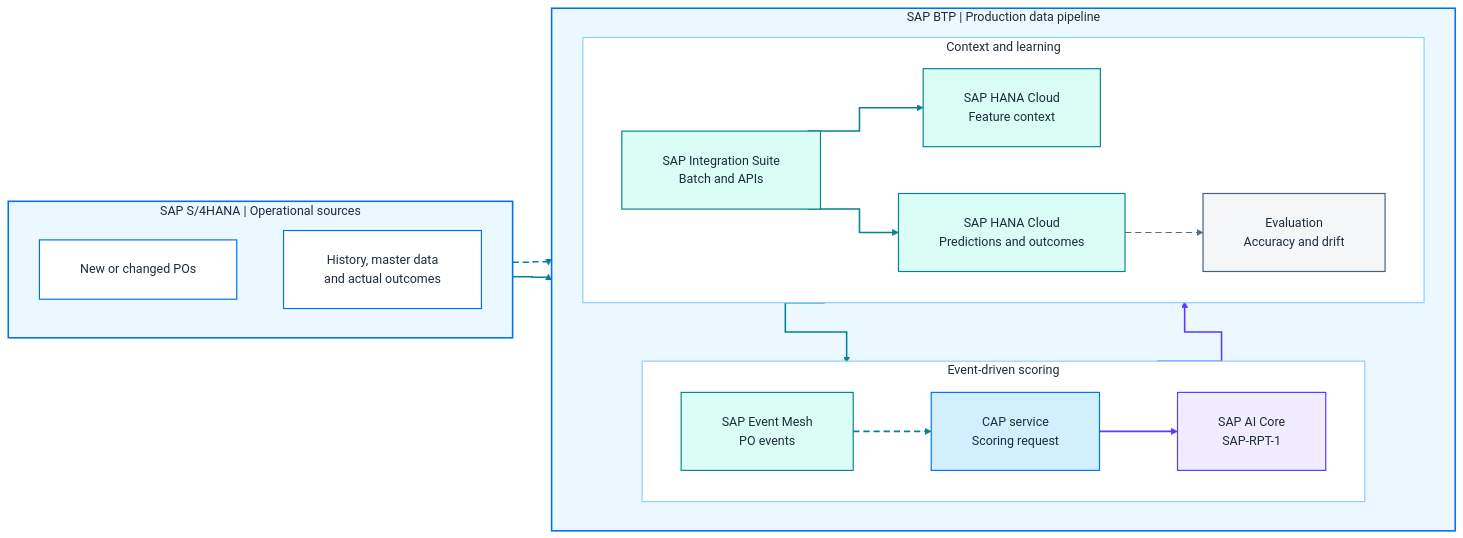
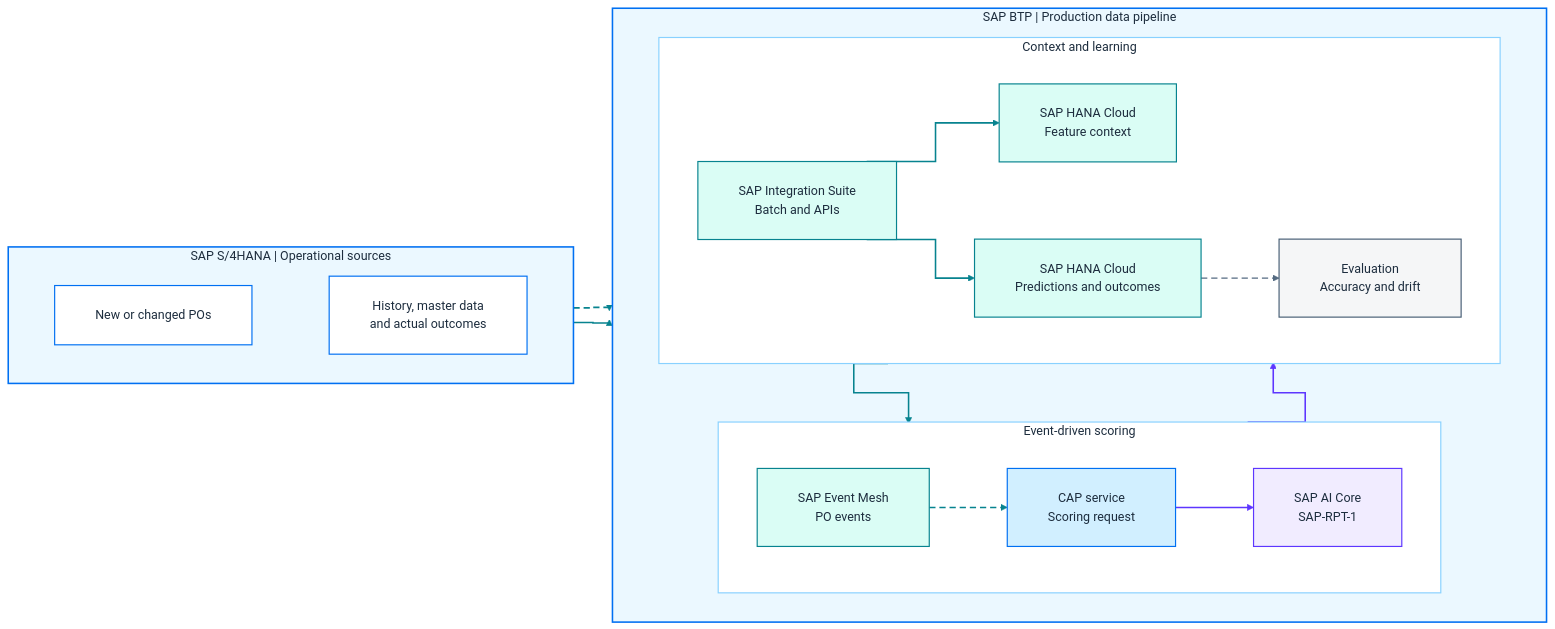
Before and after one commit to jayxml/2608_atlanta: the second of 2 diagrams in architecture_playbook.md, drawn with Mermaid (forest theme). The commit also changed other lines of this file and 2 other files, not shown here.

Commit message:
updated diagrams

````diff
--- a/architecture_playbook.md
+++ b/architecture_playbook.md
@@ -145,60 +145,60 @@
 ```mermaid
-%%{init: {"flowchart": {"curve": "stepAfter", "nodeSpacing": 60, "rankSpacing": 50, "padding": 26}}}%%
+%%{init: {"flowchart": {"curve": "stepAfter", "nodeSpacing": 99, "rankSpacing": 50, "padding": 26}}}%%
 flowchart LR
     subgraph S4["SAP S/4HANA | Operational sources"]
         direction TB
         PO["New or changed POs"]
         HISTORY["History, master data<br/>and actual outcomes"]
     end
 
     subgraph BTP["SAP BTP | Production data pipeline"]
         direction TB
 
         subgraph EVENTLANE["Event-driven scoring"]
             direction LR
             EM["SAP Event Mesh<br/>PO events"]
             CAP["CAP service<br/>Scoring request"]
             RPT["SAP AI Core<br/>SAP-RPT-1"]
         end
 
         subgraph CONTEXTLANE["Context and learning"]
             direction LR
             IS["SAP Integration Suite<br/>Batch and APIs"]
             FEATURES["SAP HANA Cloud<br/>Feature context"]
             RESULTS["SAP HANA Cloud<br/>Predictions and outcomes"]
             EVALUATE["Evaluation<br/>Accuracy and drift"]
         end
     end
 
     PO -.-> EM
     HISTORY --> IS
     EM -.-> CAP
     IS --> FEATURES
     FEATURES --> CAP
     CAP --> RPT
     RPT --> RESULTS
     IS --> RESULTS
     RESULTS -.-> EVALUATE
 
     classDef core fill:#FFFFFF,stroke:#0070F2,color:#1D2D3E,stroke-width:1.5px;
     classDef data fill:#DAFDF5,stroke:#07838F,color:#1D2D3E,stroke-width:1.5px;
     classDef application fill:#D1EFFF,stroke:#0070F2,color:#1D2D3E,stroke-width:1.5px;
     classDef ai fill:#F1ECFF,stroke:#5D36FF,color:#1D2D3E,stroke-width:1.5px;
     classDef monitor fill:#F5F6F7,stroke:#475E75,color:#1D2D3E,stroke-width:1.5px;
 
     class PO,HISTORY core;
     class EM,IS,FEATURES,RESULTS data;
     class CAP application;
     class RPT ai;
     class EVALUATE monitor;
 
     style S4 fill:#EBF8FF,stroke:#0070F2,stroke-width:2px,color:#1D2D3E
     style BTP fill:#EBF8FF,stroke:#0070F2,stroke-width:2px,color:#1D2D3E
     style EVENTLANE fill:#FFFFFF,stroke:#89D1FF,stroke-width:1.5px,color:#1D2D3E
     style CONTEXTLANE fill:#FFFFFF,stroke:#89D1FF,stroke-width:1.5px,color:#1D2D3E
 
     linkStyle 0,2 stroke:#07838F,stroke-width:2px,stroke-dasharray:8 5;
     linkStyle 1,3,4,7 stroke:#07838F,stroke-width:2px;
     linkStyle 5,6 stroke:#5D36FF,stroke-width:2px;
     linkStyle 8 stroke:#556B82,stroke-width:1.5px,stroke-dasharray:8 5;
 ```
````
